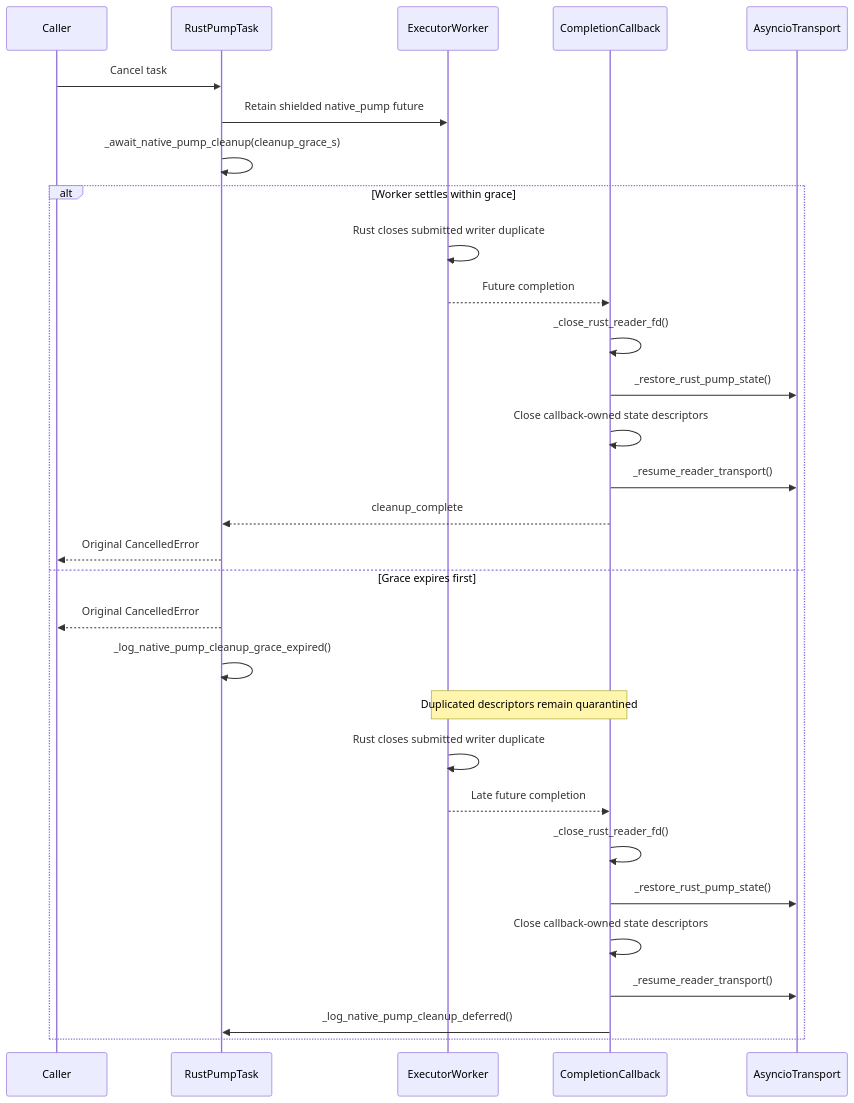
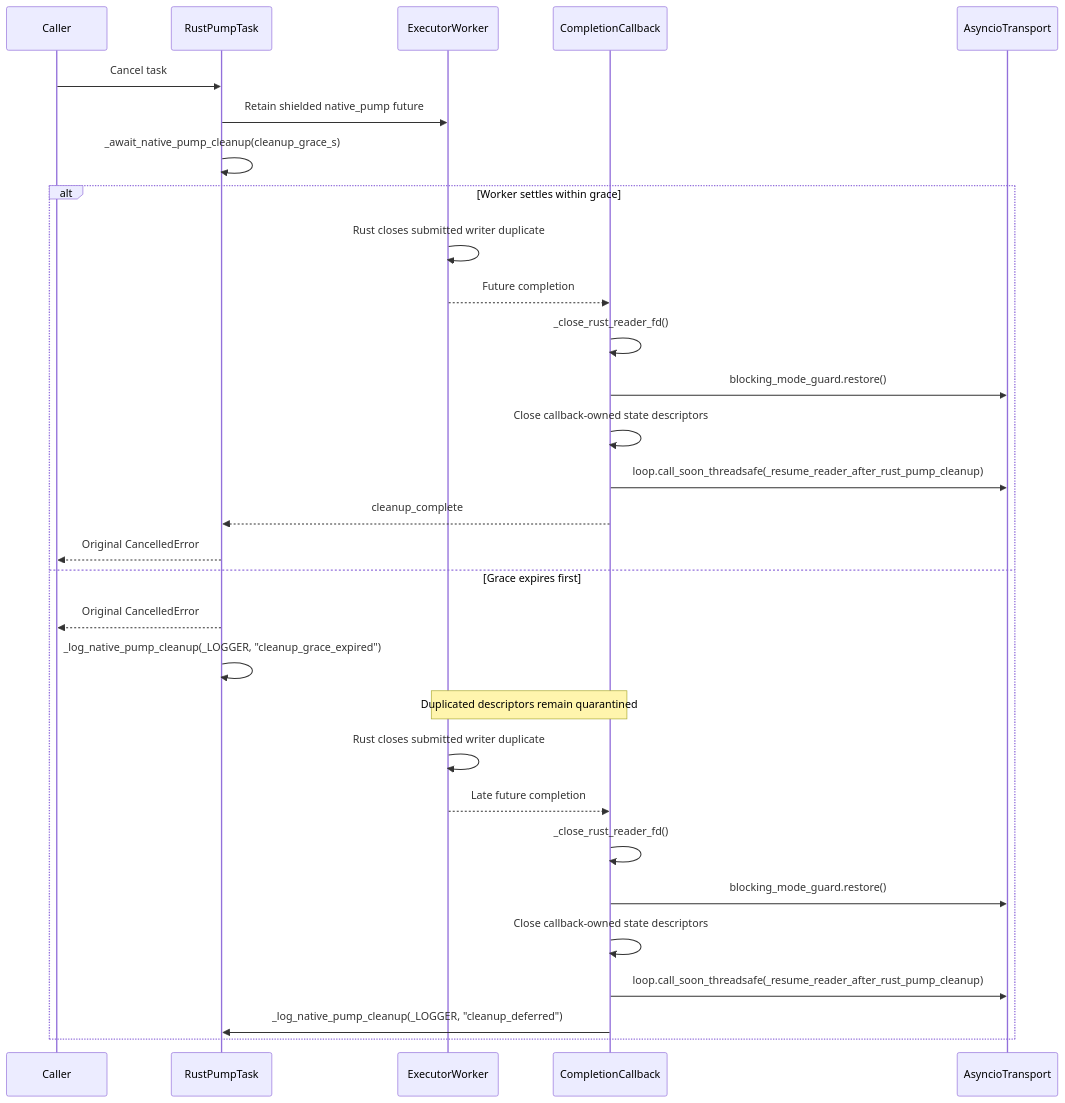
Diagram 14 of 14 in docs/cuprum-design.md (leynos/cuprum), drawn with Mermaid before and after one commit. The commit also changed 19 other files, not shown here.

First line of the commit message:
Harden native pump cleanup boundaries (#333)

````diff
--- a/docs/cuprum-design.md
+++ b/docs/cuprum-design.md
@@ -2709,33 +2709,33 @@
 ```mermaid
 sequenceDiagram
     participant Caller
     participant Pump as RustPumpTask
     participant Executor as ExecutorWorker
     participant Callback as CompletionCallback
     participant Transport as AsyncioTransport
 
     Caller->>Pump: Cancel task
     Pump->>Executor: Retain shielded native_pump future
     Pump->>Pump: _await_native_pump_cleanup(cleanup_grace_s)
     alt Worker settles within grace
         Executor->>Executor: Rust closes submitted writer duplicate
         Executor-->>Callback: Future completion
         Callback->>Callback: _close_rust_reader_fd()
-        Callback->>Transport: _restore_rust_pump_state()
+        Callback->>Transport: blocking_mode_guard.restore()
         Callback->>Callback: Close callback-owned state descriptors
-        Callback->>Transport: _resume_reader_transport()
+        Callback->>Transport: loop.call_soon_threadsafe(_resume_reader_after_rust_pump_cleanup)
         Callback-->>Pump: cleanup_complete
         Pump-->>Caller: Original CancelledError
     else Grace expires first
         Pump-->>Caller: Original CancelledError
-        Pump->>Pump: _log_native_pump_cleanup_grace_expired()
+        Pump->>Pump: _log_native_pump_cleanup(_LOGGER, "cleanup_grace_expired")
         Note over Executor,Callback: Duplicated descriptors remain quarantined
         Executor->>Executor: Rust closes submitted writer duplicate
         Executor-->>Callback: Late future completion
         Callback->>Callback: _close_rust_reader_fd()
-        Callback->>Transport: _restore_rust_pump_state()
+        Callback->>Transport: blocking_mode_guard.restore()
         Callback->>Callback: Close callback-owned state descriptors
-        Callback->>Transport: _resume_reader_transport()
-        Callback->>Pump: _log_native_pump_cleanup_deferred()
+        Callback->>Transport: loop.call_soon_threadsafe(_resume_reader_after_rust_pump_cleanup)
+        Callback->>Pump: _log_native_pump_cleanup(_LOGGER, "cleanup_deferred")
     end
 ```
````
